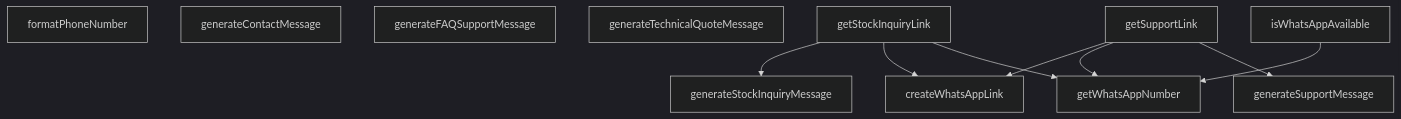
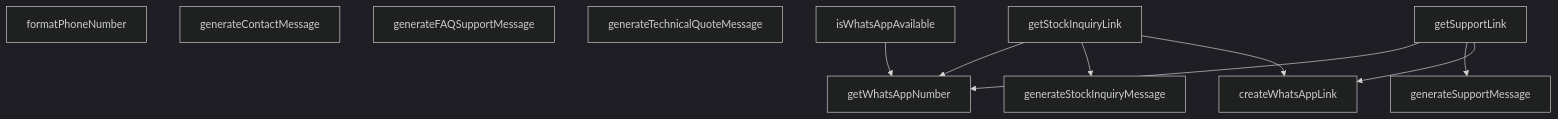
Before and after one commit to peckop/venthub-hvac-esite: the diagram in src/utils/whatsapp.md, drawn with Mermaid (dark theme). The commit also changed other lines of this file and 42 other files, not shown here.

````diff
--- a/src/utils/whatsapp.md
+++ b/src/utils/whatsapp.md
@@ -207,21 +233,21 @@
 ```mermaid
 graph TD
     whatsapp_ts__createWhatsAppLink["createWhatsAppLink"]
     whatsapp_ts__formatPhoneNumber["formatPhoneNumber"]
     whatsapp_ts__generateContactMessage["generateContactMessage"]
     whatsapp_ts__generateFAQSupportMessage["generateFAQSupportMessage"]
     whatsapp_ts__generateStockInquiryMessage["generateStockInquiryMessage"]
     whatsapp_ts__generateSupportMessage["generateSupportMessage"]
     whatsapp_ts__generateTechnicalQuoteMessage["generateTechnicalQuoteMessage"]
     whatsapp_ts__getStockInquiryLink["getStockInquiryLink"]
     whatsapp_ts__getSupportLink["getSupportLink"]
     whatsapp_ts__getWhatsAppNumber["getWhatsAppNumber"]
     whatsapp_ts__isWhatsAppAvailable["isWhatsAppAvailable"]
-    whatsapp_ts__getStockInquiryLink --> whatsapp_ts__generateStockInquiryMessage
-    whatsapp_ts__getStockInquiryLink --> whatsapp_ts__createWhatsAppLink
-    whatsapp_ts__getSupportLink --> whatsapp_ts__createWhatsAppLink
     whatsapp_ts__getSupportLink --> whatsapp_ts__getWhatsAppNumber
     whatsapp_ts__isWhatsAppAvailable --> whatsapp_ts__getWhatsAppNumber
+    whatsapp_ts__getSupportLink --> whatsapp_ts__generateSupportMessage
     whatsapp_ts__getStockInquiryLink --> whatsapp_ts__getWhatsAppNumber
-    whatsapp_ts__getSupportLink --> whatsapp_ts__generateSupportMessage
+    whatsapp_ts__getStockInquiryLink --> whatsapp_ts__generateStockInquiryMessage
+    whatsapp_ts__getSupportLink --> whatsapp_ts__createWhatsAppLink
+    whatsapp_ts__getStockInquiryLink --> whatsapp_ts__createWhatsAppLink
 ```
````
